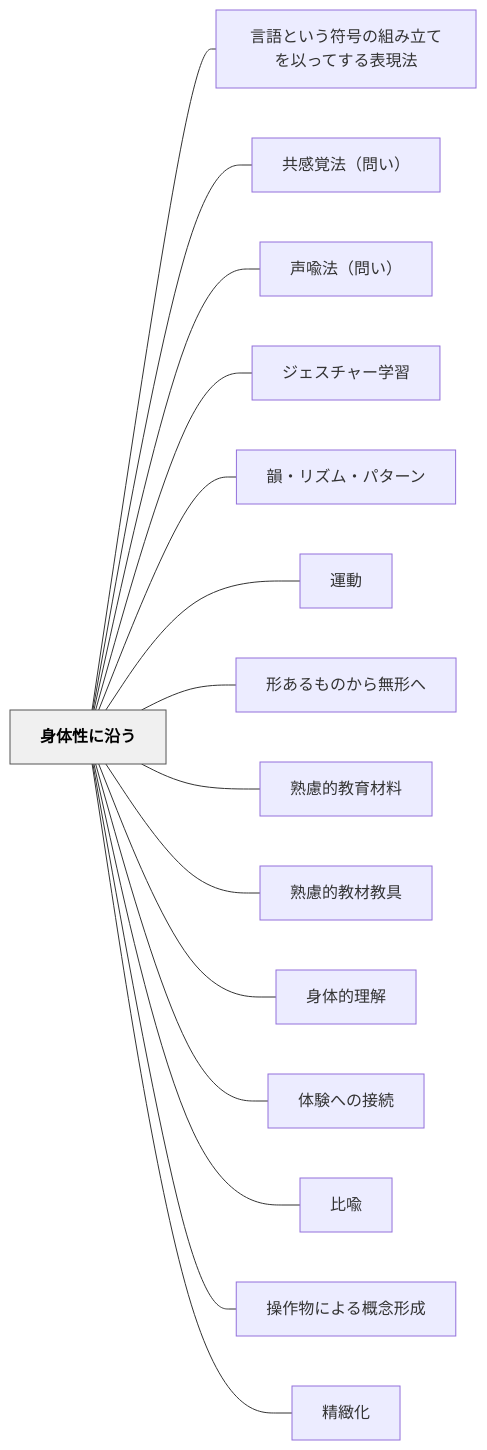
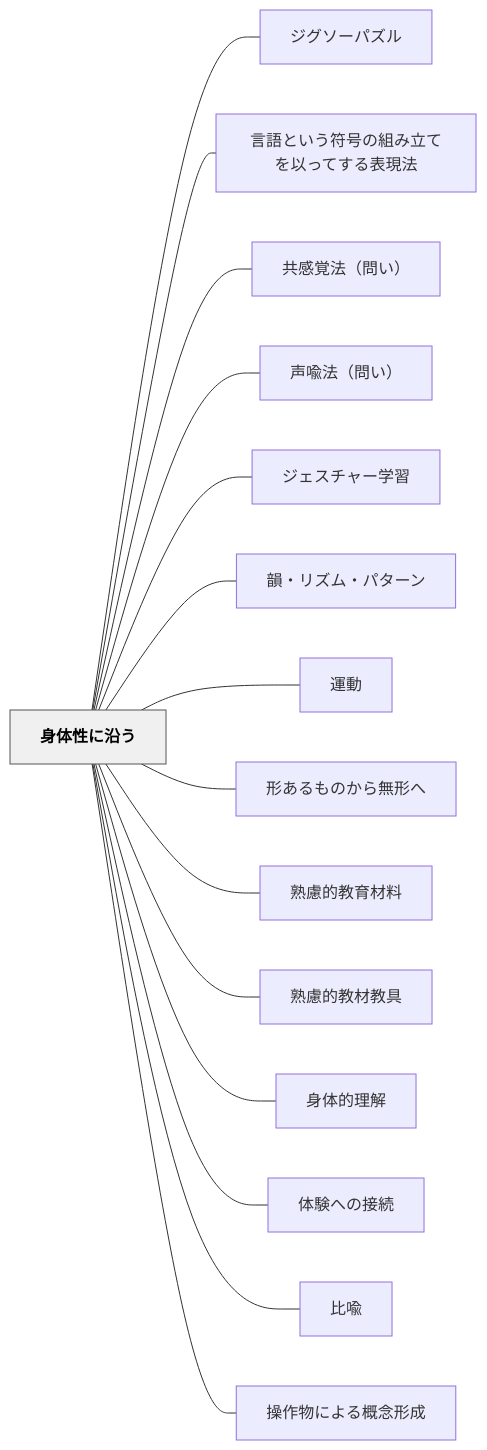
One commit to unknownthings-ed-patterns/unknownthings-ed-patterns changed the diagram in content/パタン/身体性に沿う.md. Above: the diagram before and after it, drawn with Mermaid. The commit also changed other lines of this file and 4 other files, not shown here.

````diff
--- a/content/パタン/身体性に沿う.md
+++ b/content/パタン/身体性に沿う.md
@@ -79,36 +80,36 @@
 ```mermaid
 flowchart LR
     ne8baabe4bd93e680a7e381abe6b2bfe38186["身体性に沿う"]
+    ne382b8e382b0e382bde383bce38391e382bae383ab["ジグソーパズル"]
     ne8a880e8aa9ee381a8e38184e38186e7aca6e58fb7e381aee7b584e381bfe7ab8be381a6e38292e4bba5e381a3e381a6e38199e3828be8a1a8e78fbee6b395["言語という符号の組み立てを以ってする表現法"]
     ne585b1e6849fe8a69ae6b395efbc88e5958fe38184efbc89["共感覚法（問い）"]
     ne5a3b0e596a9e6b395efbc88e5958fe38184efbc89["声喩法（問い）"]
     ne382b8e382a7e382b9e38381e383a3e383bce5ada6e7bf92["ジェスチャー学習"]
     ne99fbbe383bbe383aae382bae383a0e383bbe38391e382bfe383bce383b3["韻・リズム・パターン"]
     ne9818be58b95["運動"]
     ne5bda2e38182e3828be38282e381aee3818be38289e784a1e5bda2e381b8["形あるものから無形へ"]
     ne7869fe685aee79a84e69599e882b2e69d90e69699["熟慮的教育材料"]
     ne7869fe685aee79a84e69599e69d90e69599e585b7["熟慮的教材教具"]
     ne8baabe4bd93e79a84e79086e8a7a3["身体的理解"]
     ne4bd93e9a893e381b8e381aee68ea5e7b69a["体験への接続"]
     ne6af94e596a9["比喩"]
     ne6938de4bd9ce789a9e381abe38288e3828be6a682e5bfb5e5bda2e68890["操作物による概念形成"]
-    ne7b2bee7b7bbe58c96["精緻化"]
 
+    ne8baabe4bd93e680a7e381abe6b2bfe38186 --- ne382b8e382b0e382bde383bce38391e382bae383ab
     ne8baabe4bd93e680a7e381abe6b2bfe38186 --- ne8a880e8aa9ee381a8e38184e38186e7aca6e58fb7e381aee7b584e381bfe7ab8be381a6e38292e4bba5e381a3e381a6e38199e3828be8a1a8e78fbee6b395
     ne8baabe4bd93e680a7e381abe6b2bfe38186 --- ne585b1e6849fe8a69ae6b395efbc88e5958fe38184efbc89
     ne8baabe4bd93e680a7e381abe6b2bfe38186 --- ne5a3b0e596a9e6b395efbc88e5958fe38184efbc89
     ne8baabe4bd93e680a7e381abe6b2bfe38186 --- ne382b8e382a7e382b9e38381e383a3e383bce5ada6e7bf92
     ne8baabe4bd93e680a7e381abe6b2bfe38186 --- ne99fbbe383bbe383aae382bae383a0e383bbe38391e382bfe383bce383b3
     ne8baabe4bd93e680a7e381abe6b2bfe38186 --- ne9818be58b95
     ne8baabe4bd93e680a7e381abe6b2bfe38186 --- ne5bda2e38182e3828be38282e381aee3818be38289e784a1e5bda2e381b8
     ne8baabe4bd93e680a7e381abe6b2bfe38186 --- ne7869fe685aee79a84e69599e882b2e69d90e69699
     ne8baabe4bd93e680a7e381abe6b2bfe38186 --- ne7869fe685aee79a84e69599e69d90e69599e585b7
     ne8baabe4bd93e680a7e381abe6b2bfe38186 --- ne8baabe4bd93e79a84e79086e8a7a3
     ne8baabe4bd93e680a7e381abe6b2bfe38186 --- ne4bd93e9a893e381b8e381aee68ea5e7b69a
     ne8baabe4bd93e680a7e381abe6b2bfe38186 --- ne6af94e596a9
     ne8baabe4bd93e680a7e381abe6b2bfe38186 --- ne6938de4bd9ce789a9e381abe38288e3828be6a682e5bfb5e5bda2e68890
-    ne8baabe4bd93e680a7e381abe6b2bfe38186 --- ne7b2bee7b7bbe58c96
 
     classDef hub fill:#f0f0f0,stroke:#555,color:#000,font-weight:bold
     class ne8baabe4bd93e680a7e381abe6b2bfe38186 hub
 ```
````
